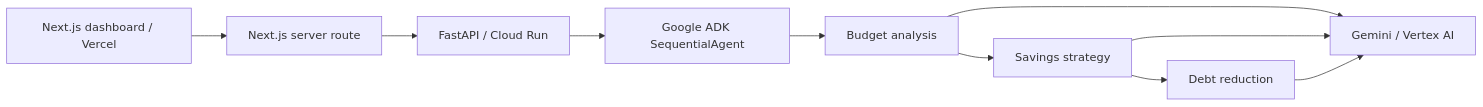
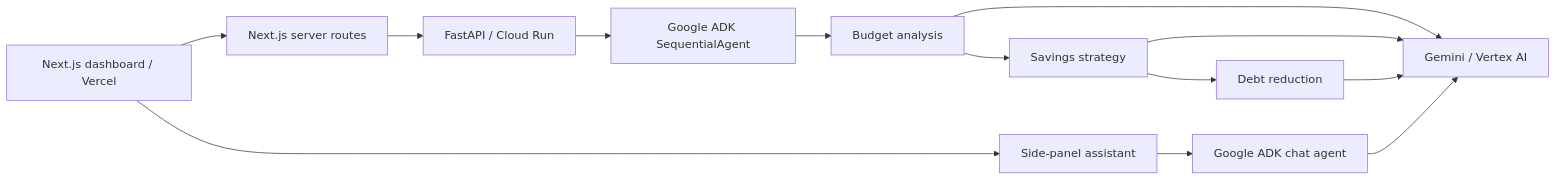
Before and after one commit to zackseal89/financial-coach: the diagram in README.md, drawn with Mermaid. The commit also changed other lines of this file and 15 other files, not shown here.

Commit message:
Localize dashboard for Kenya and add ADK chat assistant

````diff
--- a/README.md
+++ b/README.md
@@ -9,10 +9,13 @@
 ```mermaid
 flowchart LR
-  UI[Next.js dashboard / Vercel] --> API[Next.js server route]
+  UI[Next.js dashboard / Vercel] --> API[Next.js server routes]
   API --> PY[FastAPI / Cloud Run]
   PY --> ADK[Google ADK SequentialAgent]
   ADK --> B[Budget analysis]
   B --> S[Savings strategy]
   S --> D[Debt reduction]
   B & S & D --> V[Gemini / Vertex AI]
+  UI --> CHAT[Side-panel assistant]
+  CHAT --> ADKCHAT[Google ADK chat agent]
+  ADKCHAT --> V
 ```
````
